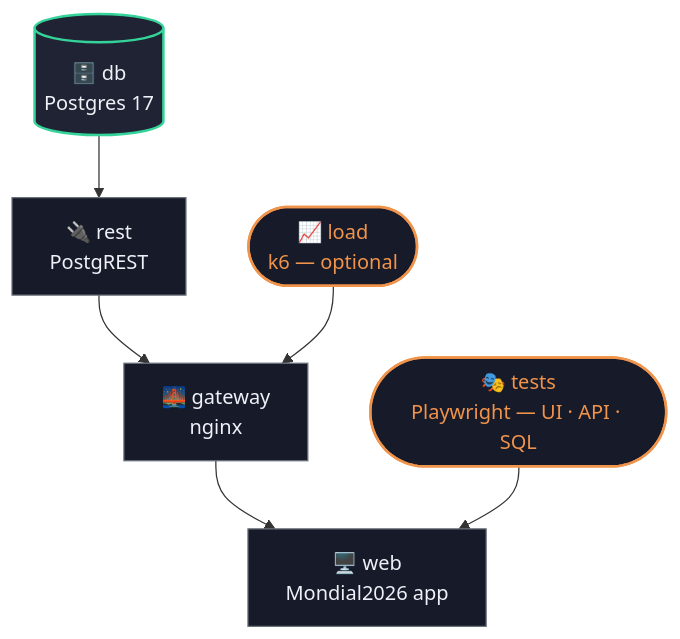
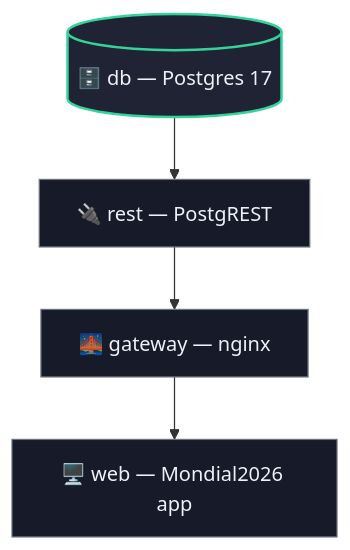
The first of 2 diagrams in README.md (PashaGend/QA-Automation-project), drawn with Mermaid before and after one commit. The commit also changed other lines of this file, not shown here.

````diff
--- a/README.md
+++ b/README.md
@@ -31,15 +27,11 @@
 ```mermaid
 flowchart TD
-    DB[("🗄️ db<br/>Postgres 17")] --> REST["🔌 rest<br/>PostgREST"]
-    REST --> GW["🌉 gateway<br/>nginx"]
-    GW --> WEB["🖥️ web<br/>Mondial2026 app"]
-    TESTS(["🎭 tests<br/>Playwright — UI · API · SQL"]) --> WEB
-    LOAD(["📈 load<br/>k6 — optional"]) --> GW
+    DB[("🗄️ db — Postgres 17")] --> REST["🔌 rest — PostgREST"]
+    REST --> GW["🌉 gateway — nginx"]
+    GW --> WEB["🖥️ web — Mondial2026 app"]
 
     classDef store fill:#1f2333,stroke:#34d399,stroke-width:2px,color:#eef1f7;
     classDef svc fill:#171a28,stroke:#6a7179,stroke-width:1px,color:#eef1f7;
-    classDef driver fill:#171a28,stroke:#f0934b,stroke-width:2px,color:#f0934b;
     class DB store;
     class REST,GW,WEB svc;
-    class TESTS,LOAD driver;
 ```
````
